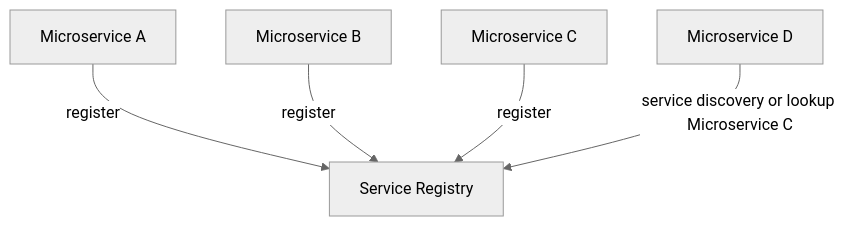
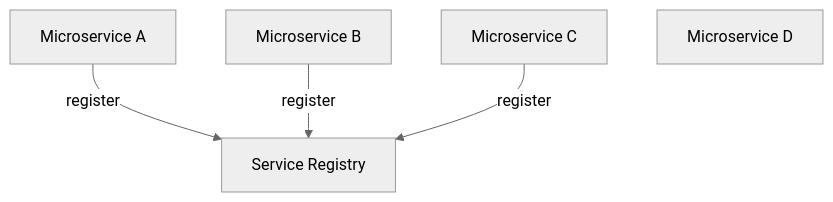
The diagram in service-discovery/README.md (sonamsamdupkhangsar/sonamsamdupkhangsar.github.io), drawn with Mermaid (neutral theme) before and after one commit.

Commit message:
add service discovery

````diff
--- a/service-discovery/README.md
+++ b/service-discovery/README.md
@@ -8,7 +8,7 @@
 ```mermaid
 flowchart TD    
     A[Microservice A] --> |register| Eureka[Service Registry]
     B[Microservice B] --> |register| Eureka
     C[Microservice C] --> |register| Eureka
-    D[Microservice D] --> |service discovery or lookup Microservice C| Eureka
+    D[Microservice D] 
 ``` 
````
